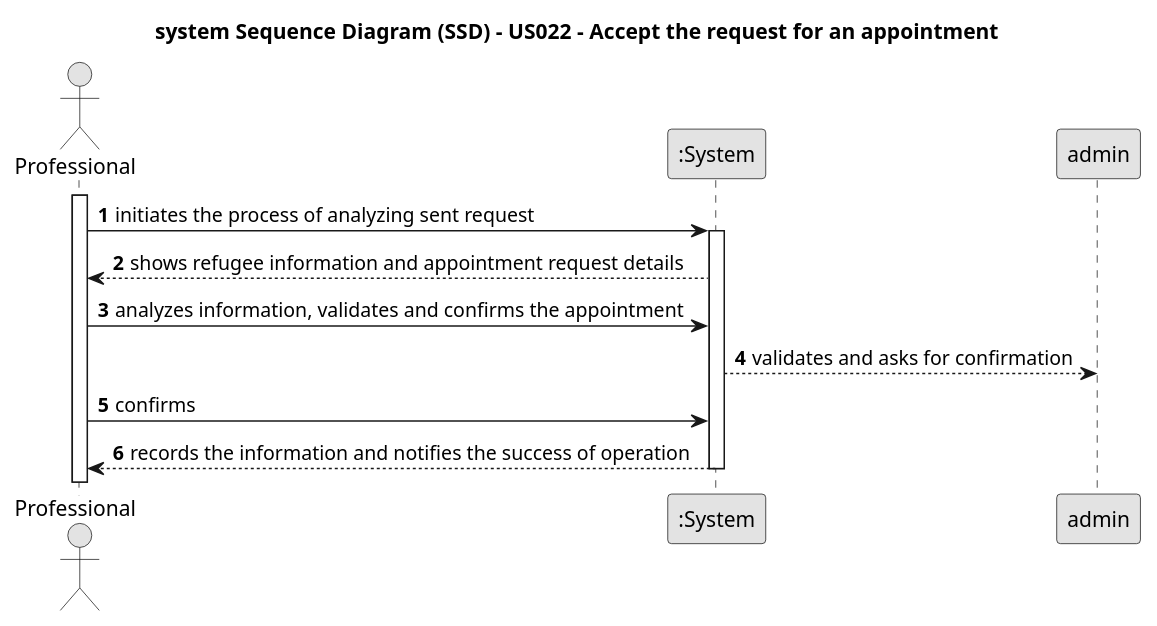
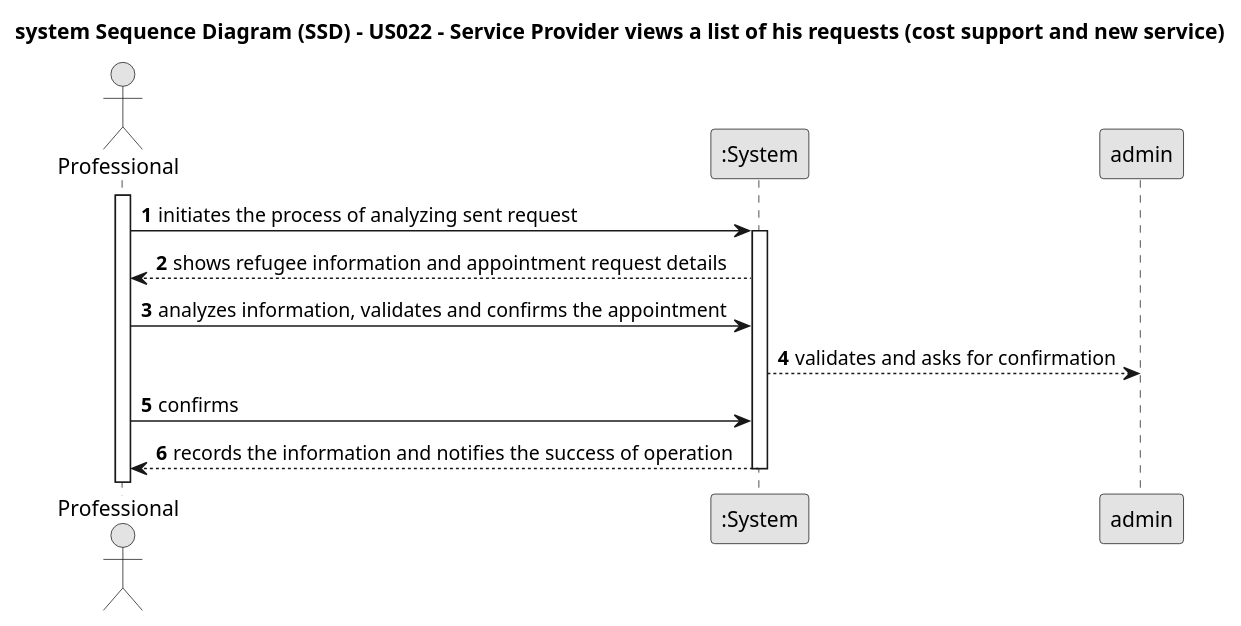
Before and after one commit to Chirano/GladlyGiven: the diagram in javaSprint2GladlyGiven/Docs/UseCases/uc022/requirements/puml/uc022-SSD.puml, drawn with PlantUML. The commit also changed 106 other files, not shown here.

```diff
--- a/javaSprint2GladlyGiven/Docs/UseCases/uc022/requirements/puml/uc022-SSD.puml
+++ b/javaSprint2GladlyGiven/Docs/UseCases/uc022/requirements/puml/uc022-SSD.puml
@@ -1,27 +1,27 @@
 @startuml
 skinparam monochrome true
 skinparam packageStyle rectangle
 skinparam shadowing false
 
-title system Sequence Diagram (SSD) - US022 - Accept the request for an appointment
+title system Sequence Diagram (SSD) - US022 - Service Provider views a list of his requests (cost support and new service)
 
 
 
 autonumber
 
 actor Professional as prof
 participant ":System" as system
 
 activate prof
     prof -> system : initiates the process of analyzing sent request
     activate system
         system --> prof : shows refugee information and appointment request details
         prof -> system : analyzes information, validates and confirms the appointment
         system --> admin : validates and asks for confirmation
         prof -> system : confirms
         system --> prof : records the information and notifies the success of operation
     deactivate system
 deactivate admin
 
 
 @enduml
```
